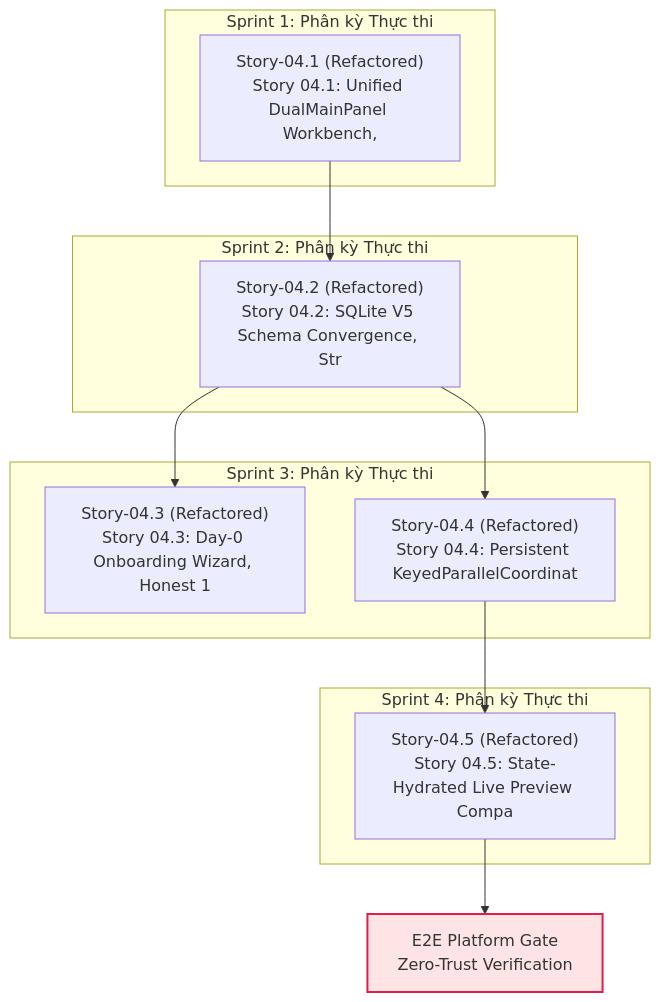
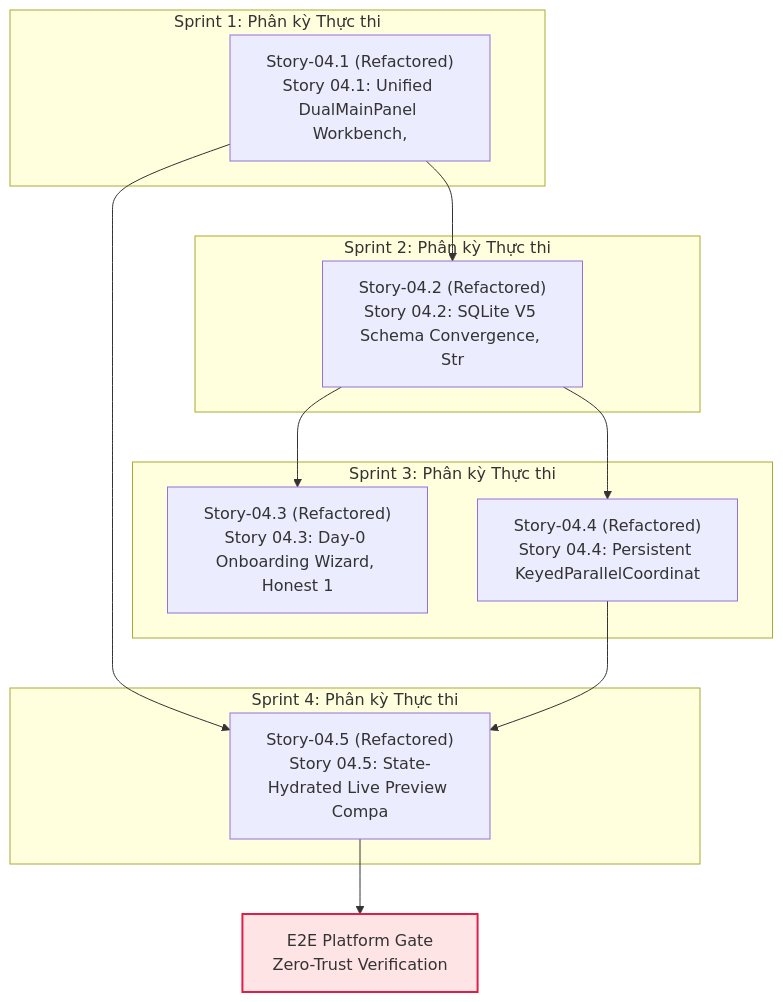
The diagram in _iwish-output/3. Development/1. Epic & Story/VS-02. Flow-First Executable Design Workbench & SDI Engine/Epic-04/epic.md (Nam123321/cowok-design), drawn with Mermaid before and after one commit. The commit also changed other lines of this file and 120 other files, not shown here.

````diff
--- a/_iwish-output/3. Development/1. Epic & Story/VS-02. Flow-First Executable Design Workbench & SDI Engine/Epic-04/epic.md
+++ b/_iwish-output/3. Development/1. Epic & Story/VS-02. Flow-First Executable Design Workbench & SDI Engine/Epic-04/epic.md
@@ -116,32 +116,33 @@
 ```mermaid
 flowchart TD
     subgraph S1["Sprint 1: Phân kỳ Thực thi"]
         Story_04_1["Story-04.1 (Refactored)<br>Story 04.1: Unified DualMainPanel Workbench, "]
     end
 
     subgraph S2["Sprint 2: Phân kỳ Thực thi"]
         Story_04_2["Story-04.2 (Refactored)<br>Story 04.2: SQLite V5 Schema Convergence, Str"]
     end
 
     subgraph S3["Sprint 3: Phân kỳ Thực thi"]
         Story_04_3["Story-04.3 (Refactored)<br>Story 04.3: Day-0 Onboarding Wizard, Honest 1"]
         Story_04_4["Story-04.4 (Refactored)<br>Story 04.4: Persistent KeyedParallelCoordinat"]
     end
 
     subgraph S4["Sprint 4: Phân kỳ Thực thi"]
         Story_04_5["Story-04.5 (Refactored)<br>Story 04.5: State-Hydrated Live Preview Compa"]
     end
 
     E2E_GATE["E2E Platform Gate<br>Zero-Trust Verification"]
     Story_04_1 --> Story_04_2
     Story_04_2 --> Story_04_3
     Story_04_2 --> Story_04_4
+    Story_04_1 --> Story_04_5
     Story_04_4 --> Story_04_5
     Story_04_5 --> E2E_GATE
 
     classDef completed fill:#dcfce7,stroke:#16a34a,stroke-width:2px;
     classDef refactored fill:#fef3c7,stroke:#d97706,stroke-width:2px;
     classDef backlog fill:#f1f5f9,stroke:#64748b,stroke-width:2px;
     classDef gate fill:#ffe4e6,stroke:#e11d48,stroke-width:2px;
     class E2E_GATE gate;
 ```
````
